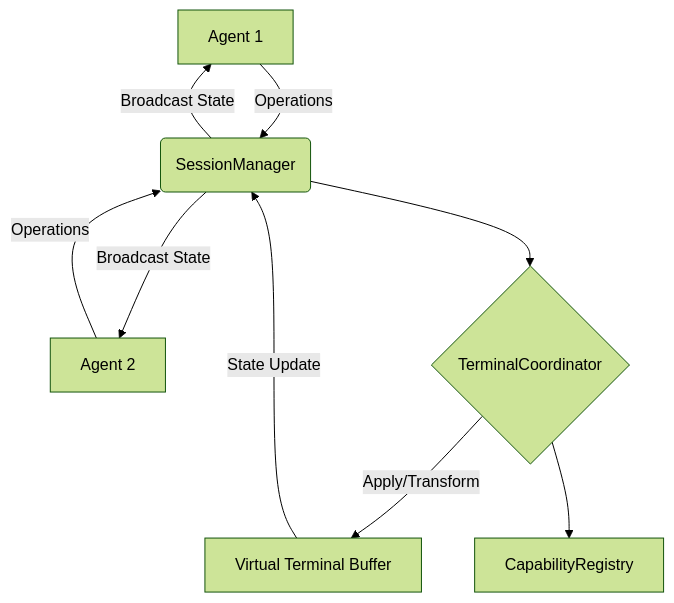
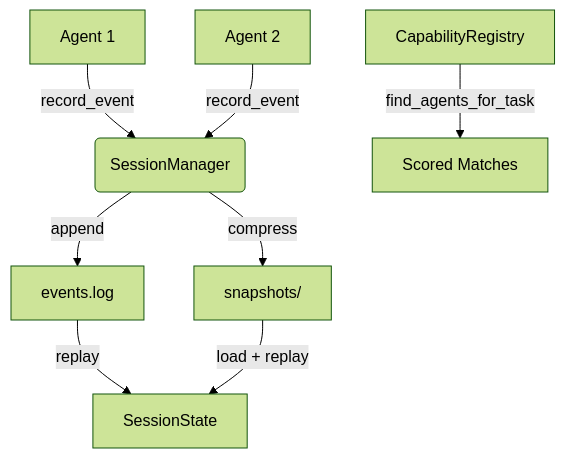
One commit to Lumi-node/agent-shell changed the diagram in README.md. Above: the diagram before and after it, drawn with Mermaid (forest theme). The commit also changed other lines of this file and 37 other files, not shown here.

````diff
--- a/README.md
+++ b/README.md
@@ -60,11 +110,10 @@
 ```mermaid
 graph TD
-    A[Agent 1] -->|Operations| B(SessionManager);
-    C[Agent 2] -->|Operations| B;
-    B --> D{TerminalCoordinator};
-    D -->|Apply/Transform| E[Virtual Terminal Buffer];
-    E -->|State Update| B;
-    B -->|Broadcast State| A;
-    B -->|Broadcast State| C;
-    D --> F[CapabilityRegistry];
+    A[Agent 1] -->|record_event| B(SessionManager);
+    C[Agent 2] -->|record_event| B;
+    B -->|append| D[events.log];
+    B -->|compress| E[snapshots/];
+    D -->|replay| F[SessionState];
+    E -->|load + replay| F;
+    G[CapabilityRegistry] -->|find_agents_for_task| H[Scored Matches];
 ```
````
